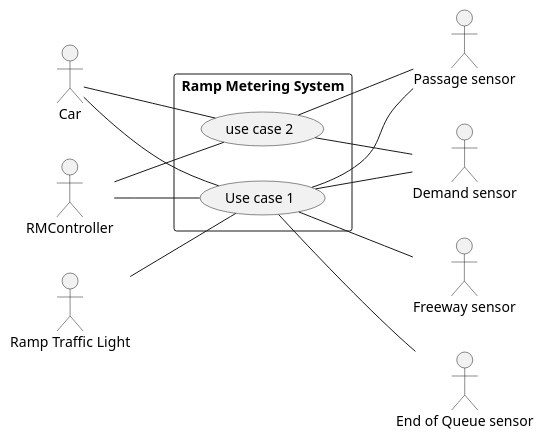
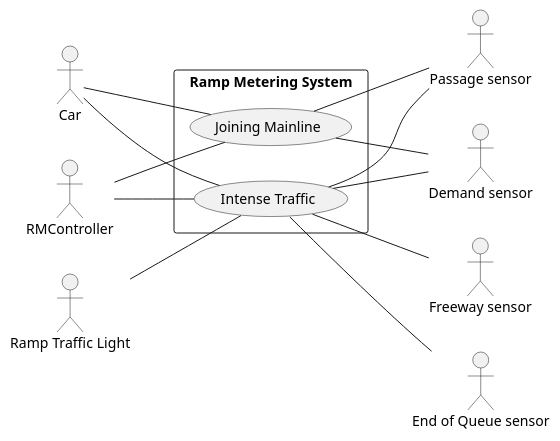
One commit to MaksimKarnaukh/MoSIS changed the diagram in 01_RequirementsChecking/diagrams/usecase_diagram.puml. Above: the diagram before and after it, drawn with PlantUML. The commit also changed 2 other files, not shown here.

```diff
--- a/01_RequirementsChecking/diagrams/usecase_diagram.puml
+++ b/01_RequirementsChecking/diagrams/usecase_diagram.puml
@@ -1,35 +1,35 @@
 @startuml
 
 skinparam packageStyle rect
 
 left to right direction
 actor "Car" as Car
 
 actor "Passage sensor" as PS
 actor "Demand sensor" as DS
 actor "Freeway sensor" as FS
 actor "End of Queue sensor" as QS
 actor "Ramp Traffic Light" as RTL
 
 actor "RMController" as RMC
 
 package "Ramp Metering System" {
-  usecase "Use case 1" as UC1
-  usecase "use case 2" as UC2
+  usecase "Intense Traffic" as UC1
+  usecase "Joining Mainline" as UC2
 }
 Car -- UC1
 Car -- UC2
 RMC -- UC1
 RMC -- UC2
 
 UC1 -- PS
 UC1 -- DS
 RTL -- UC1
 'UC1 -- FS
 FS -up- UC1
 'UC1 -- QS
 QS -up- UC1
 
 UC2 -- PS
 UC2 -- DS
 @enduml
```
